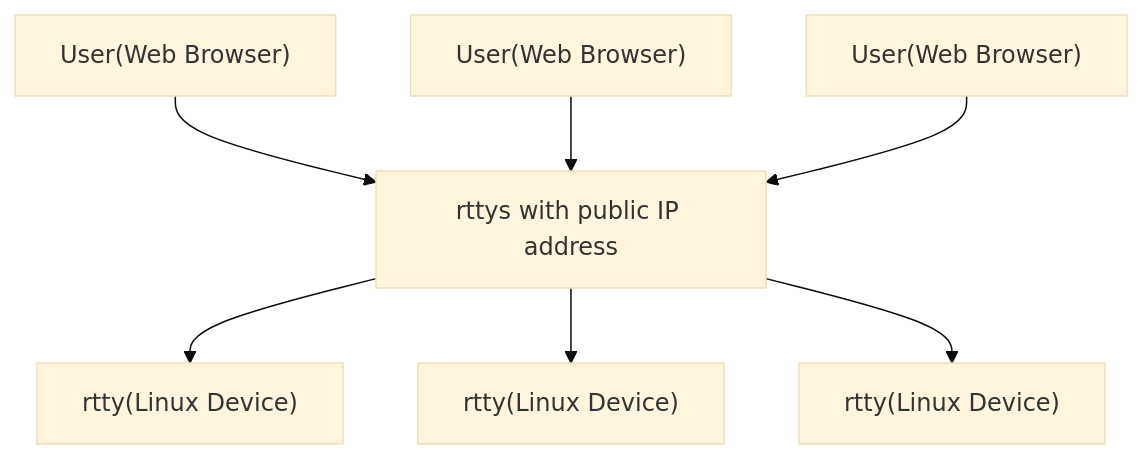
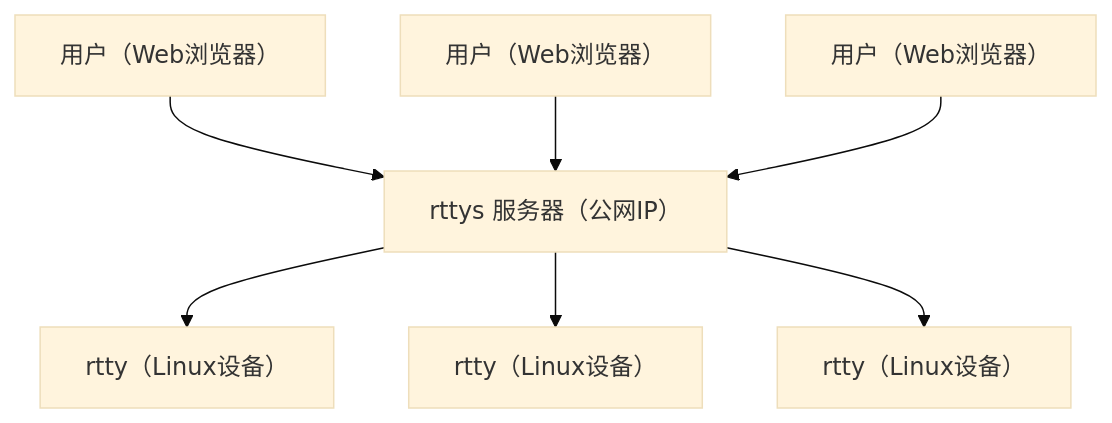
Before and after one commit to zhaojh329/rtty: the diagram in README_ZH.md, drawn with Mermaid (base theme). The commit also changed other lines of this file and 1 other file, not shown here.

````diff
--- a/README_ZH.md
+++ b/README_ZH.md
@@ -37,10 +43,10 @@
 ```mermaid
 flowchart TB
-s[rttys with public IP address]
-u1["User(Web Browser)"] --> s
-u2["User(Web Browser)"] --> s
-u3["User(Web Browser)"] --> s
-s --> c1["rtty(Linux Device)"]
-s --> c2["rtty(Linux Device)"]
-s --> c3["rtty(Linux Device)"]
+s[rttys 服务器（公网IP）]
+u1["用户（Web浏览器）"] --> s
+u2["用户（Web浏览器）"] --> s
+u3["用户（Web浏览器）"] --> s
+s --> c1["rtty（Linux设备）"]
+s --> c2["rtty（Linux设备）"]
+s --> c3["rtty（Linux设备）"]
 ```
````
